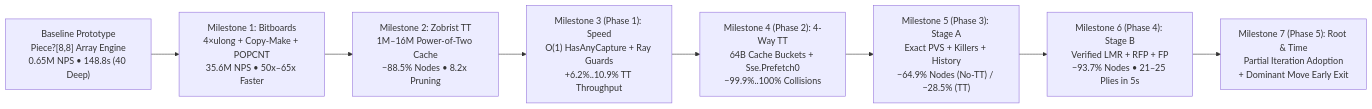
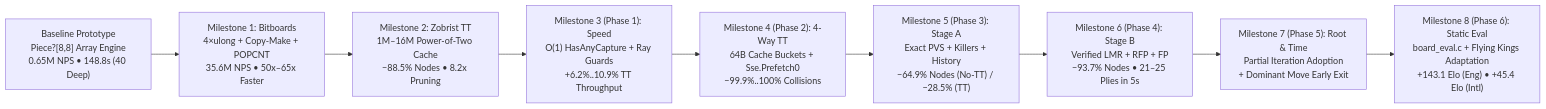
The diagram in docs/brain/11-engine-improvements.md (cjp-dev/Checkers), drawn with Mermaid before and after one commit. The commit also changed other lines of this file and 8 other files, not shown here.

````diff
--- a/docs/brain/11-engine-improvements.md
+++ b/docs/brain/11-engine-improvements.md
@@ -20,10 +21,11 @@
 ```mermaid
 flowchart LR
     M0["Baseline Prototype<br/>Piece?[8,8] Array Engine<br/>0.65M NPS • 148.8s (40 Deep)"] --> M1["Milestone 1: Bitboards<br/>4×ulong + Copy-Make + POPCNT<br/>35.6M NPS • 50x–65x Faster"]
     M1 --> M2["Milestone 2: Zobrist TT<br/>1M–16M Power-of-Two Cache<br/>−88.5% Nodes • 8.2x Pruning"]
     M2 --> P1["Milestone 3 (Phase 1): Speed<br/>O(1) HasAnyCapture + Ray Guards<br/>+6.2%..10.9% TT Throughput"]
     P1 --> P2["Milestone 4 (Phase 2): 4-Way TT<br/>64B Cache Buckets + Sse.Prefetch0<br/>−99.9%..100% Collisions"]
     P2 --> P3["Milestone 5 (Phase 3): Stage A<br/>Exact PVS + Killers + History<br/>−64.9% Nodes (No-TT) / −28.5% (TT)"]
     P3 --> P4["Milestone 6 (Phase 4): Stage B<br/>Verified LMR + RFP + FP<br/>−93.7% Nodes • 21–25 Plies in 5s"]
     P4 --> P5["Milestone 7 (Phase 5): Root &amp; Time<br/>Partial Iteration Adoption<br/>+ Dominant Move Early Exit"]
+    P5 --> P6["Milestone 8 (Phase 6): Static Eval<br/>board_eval.c + Flying Kings Adaptation<br/>+143.1 Elo (Eng) • +45.4 Elo (Intl)"]
 ```
````
